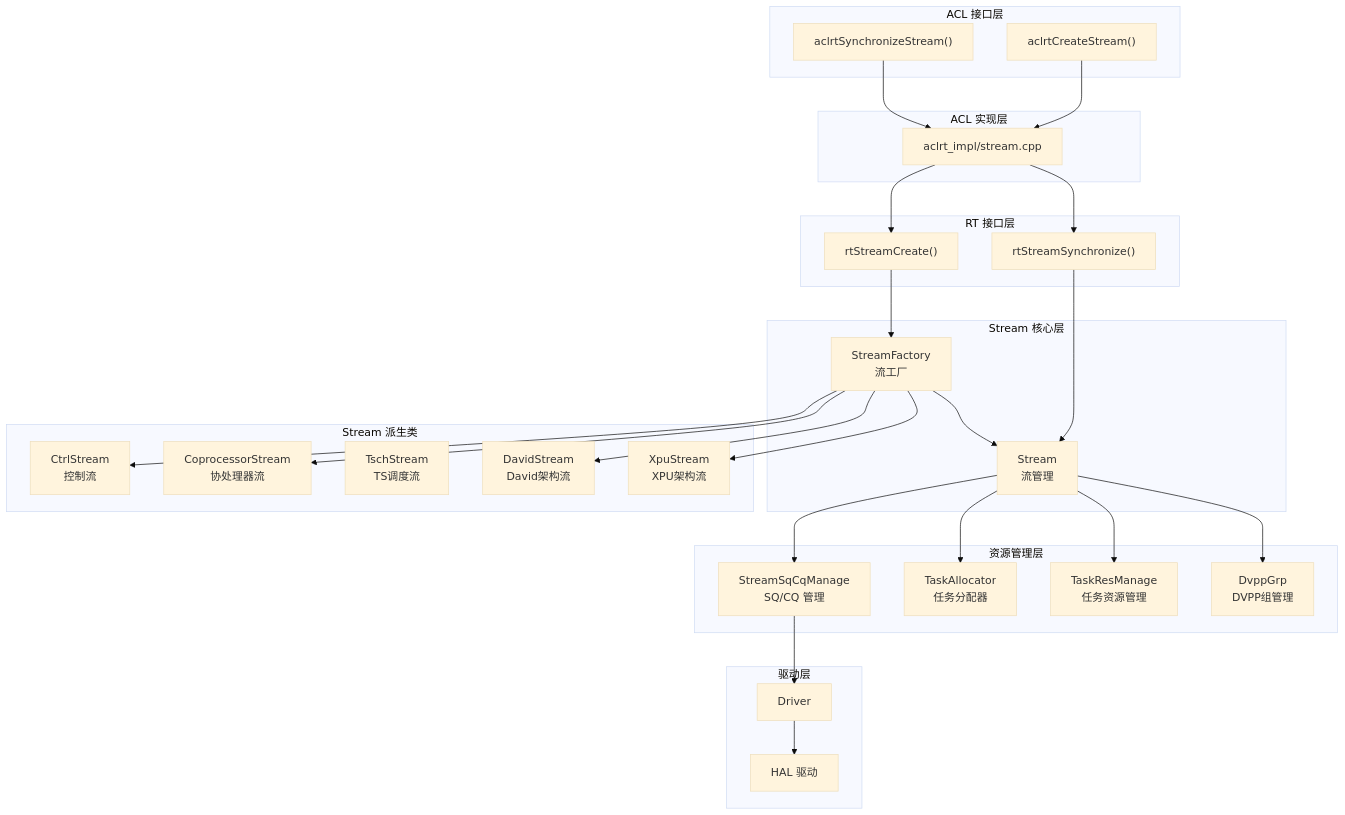
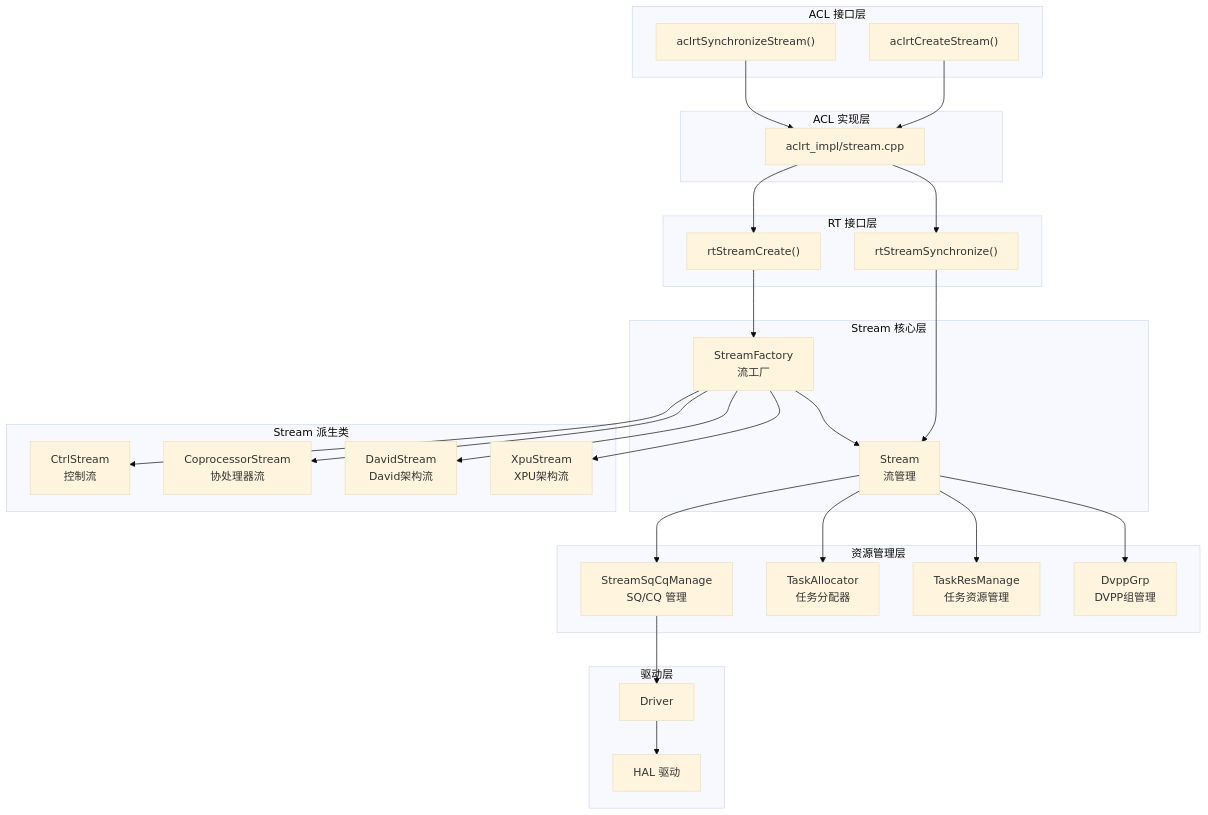
Before and after one commit to 18liumin/runtime: the first of 7 diagrams in docs/design/modules/stream/stream.md, drawn with Mermaid (base theme). The commit also changed other lines of this file and 40 other files, not shown here.

````diff
--- a/docs/design/modules/stream/stream.md
+++ b/docs/design/modules/stream/stream.md
@@ -122,58 +122,57 @@
 ```mermaid
 graph TB
     subgraph ACL_API["ACL 接口层"]
         aclrtCreateStream["aclrtCreateStream()"]
         aclrtSynchronizeStream["aclrtSynchronizeStream()"]
     end
 
     subgraph ACL_Impl["ACL 实现层"]
         ACL_Impl_Layer["aclrt_impl/stream.cpp"]
     end
 
     subgraph RT_API["RT 接口层"]
         rtStreamCreate["rtStreamCreate()"]
         rtStreamSynchronize["rtStreamSynchronize()"]
     end
 
     subgraph StreamCore["Stream 核心层"]
         StreamNode["Stream<br/>流管理"]
         StreamFactory["StreamFactory<br/>流工厂"]
     end
 
     subgraph Derivatives["Stream 派生类"]
         CtrlStream["CtrlStream<br/>控制流"]
         CoprocessorStream["CoprocessorStream<br/>协处理器流"]
-        TschStream["TschStream<br/>TS调度流"]
         DavidStream["DavidStream<br/>David架构流"]
         XpuStream["XpuStream<br/>XPU架构流"]
     end
 
     subgraph Resource["资源管理层"]
         SqCqManage["StreamSqCqManage<br/>SQ/CQ 管理"]
         TaskAllocator["TaskAllocator<br/>任务分配器"]
         TaskResManage["TaskResManage<br/>任务资源管理"]
         DvppGrp["DvppGrp<br/>DVPP组管理"]
     end
 
     subgraph DriverLayer["驱动层"]
         DriverNode["Driver"]
         HAL["HAL 驱动"]
     end
 
     aclrtCreateStream --> ACL_Impl_Layer
     aclrtSynchronizeStream --> ACL_Impl_Layer
     ACL_Impl_Layer --> rtStreamCreate
     ACL_Impl_Layer --> rtStreamSynchronize
     rtStreamCreate --> StreamFactory
     rtStreamSynchronize --> StreamNode
     StreamFactory --> StreamNode
     StreamFactory --> CtrlStream
     StreamFactory --> CoprocessorStream
     StreamFactory --> DavidStream
     StreamFactory --> XpuStream
     StreamNode --> SqCqManage
     StreamNode --> TaskAllocator
     StreamNode --> TaskResManage
     StreamNode --> DvppGrp
     SqCqManage --> DriverNode --> HAL
 ```
````
